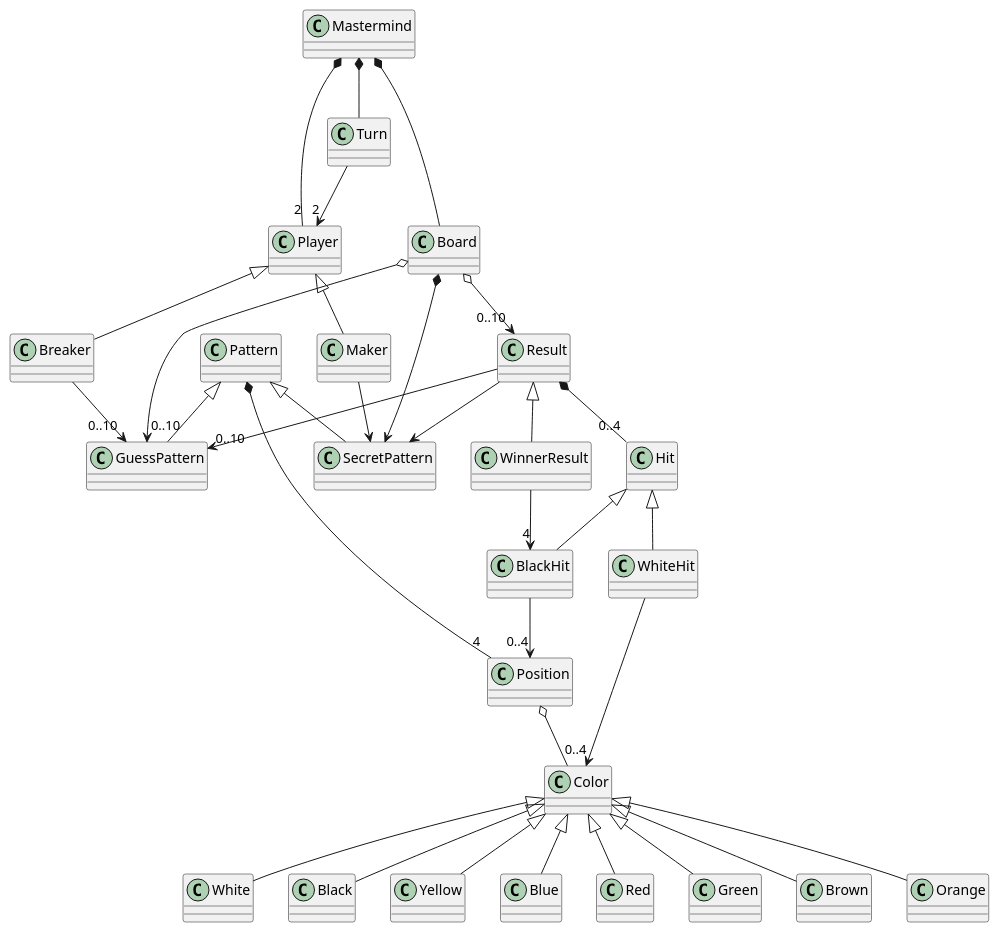
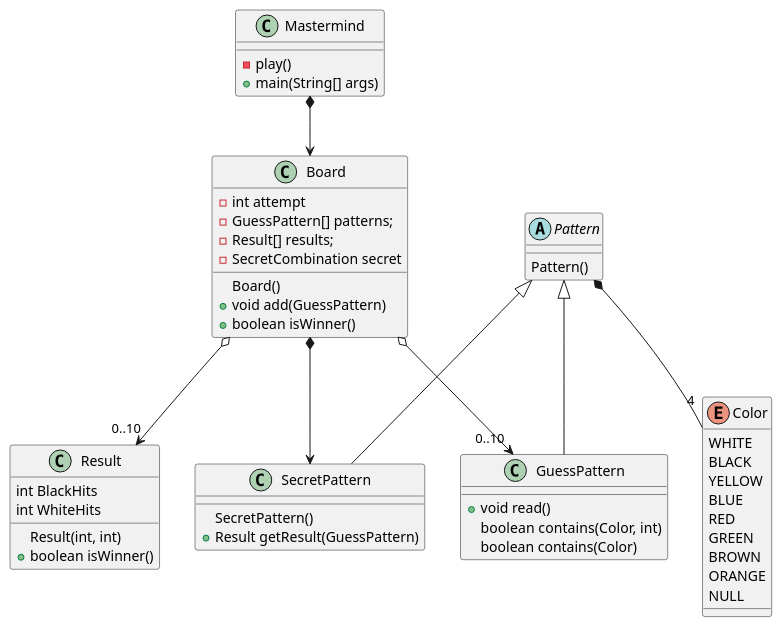
One commit to ajaragz/mastermind changed the diagram in diagrams/classDiagram.md. Above: the diagram before and after it, drawn with PlantUML. The commit also changed 2 other files, not shown here.

Commit message:
Agregar diagrama clases domainModel

````diff
--- a/diagrams/classDiagram.md
+++ b/diagrams/classDiagram.md
@@ -1,64 +1,58 @@
 ```plantuml
 @startuml classDiagram
 
-class Mastermind
-class Board
-class Turn
-class Player
-class Result
-class Maker
-class Breaker
-class Pattern
-class SecretPattern
-class GuessPattern
-class Position
-class Color
-class White
-class Black
-class Yellow
-class Blue
-class Red
-class Green
-class Brown
-class Orange
-class Hit
-class BlackHit
-class WhiteHit
-class WinnerResult
+class Mastermind {
+    - play()
+    + main(String[] args)
+}
+class Board {
+    -int attempt
+    -GuessPattern[] patterns;
+    -Result[] results;
+    -SecretCombination secret
+    Board()
+    +void add(GuessPattern)
+    +boolean isWinner()
+}
+class Result {
+    int BlackHits
+    int WhiteHits
+    Result(int, int)
+    +boolean isWinner()
+}
+abstract class Pattern {
+    Pattern()
+}
+class SecretPattern {
+    SecretPattern()
+    +Result getResult(GuessPattern)
+}
+class GuessPattern {
+    +void read()
+    boolean contains(Color, int)
+    boolean contains(Color)
+}
 
-Mastermind *-- Turn
-Mastermind *-- "2" Player
-Mastermind *--- Board
-Turn --> "2" Player
-Player <|-- Maker
-Player <|-- Breaker
+enum Color {
+    WHITE
+    BLACK
+    YELLOW
+    BLUE
+    RED
+    GREEN
+    BROWN
+    ORANGE
+    NULL
+}
+
+
+Mastermind *--> Board
 Pattern <|-- SecretPattern
 Pattern <|-- GuessPattern
-Pattern *-- "4" Position
-Position o-- Color
-Color <|-- White
-Color <|-- Black
-Color <|-- Yellow
-Color <|-- Blue
-Color <|-- Red
-Color <|-- Green
-Color <|-- Brown
-Color <|-- Orange
-Maker --> SecretPattern
-Breaker --> "0..10" GuessPattern
+Pattern *-- "4" Color
 Board o--> "0..10" Result
 Board *--> SecretPattern
 Board o--> "0..10" GuessPattern
-Result *-- "0..4" Hit
-Result <|-- WinnerResult
-Result --> SecretPattern
-Result --> "0..10" GuessPattern
-Hit <|-- BlackHit
-Hit <|- WhiteHit
-BlackHit --> "0..4" Position
-WhiteHit --> "0..4" Color
-
-WinnerResult --> "4" BlackHit
 
 @enduml
 ```
````
